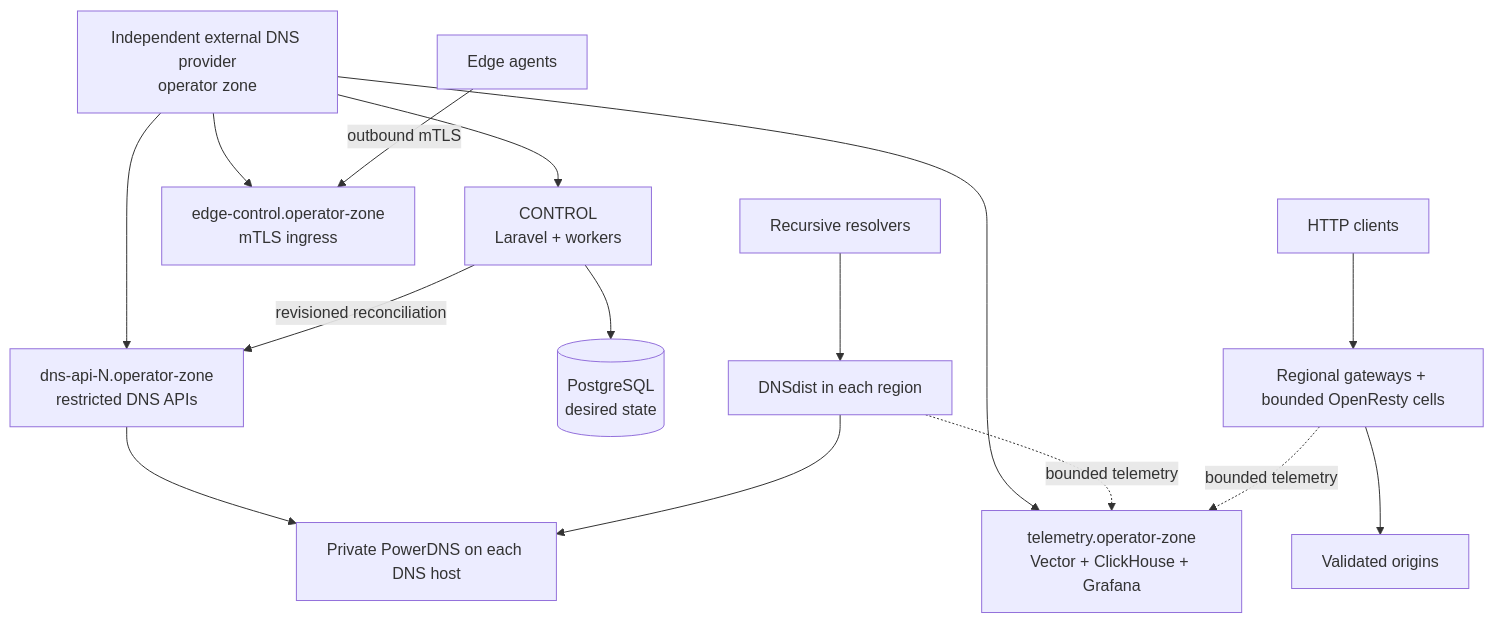
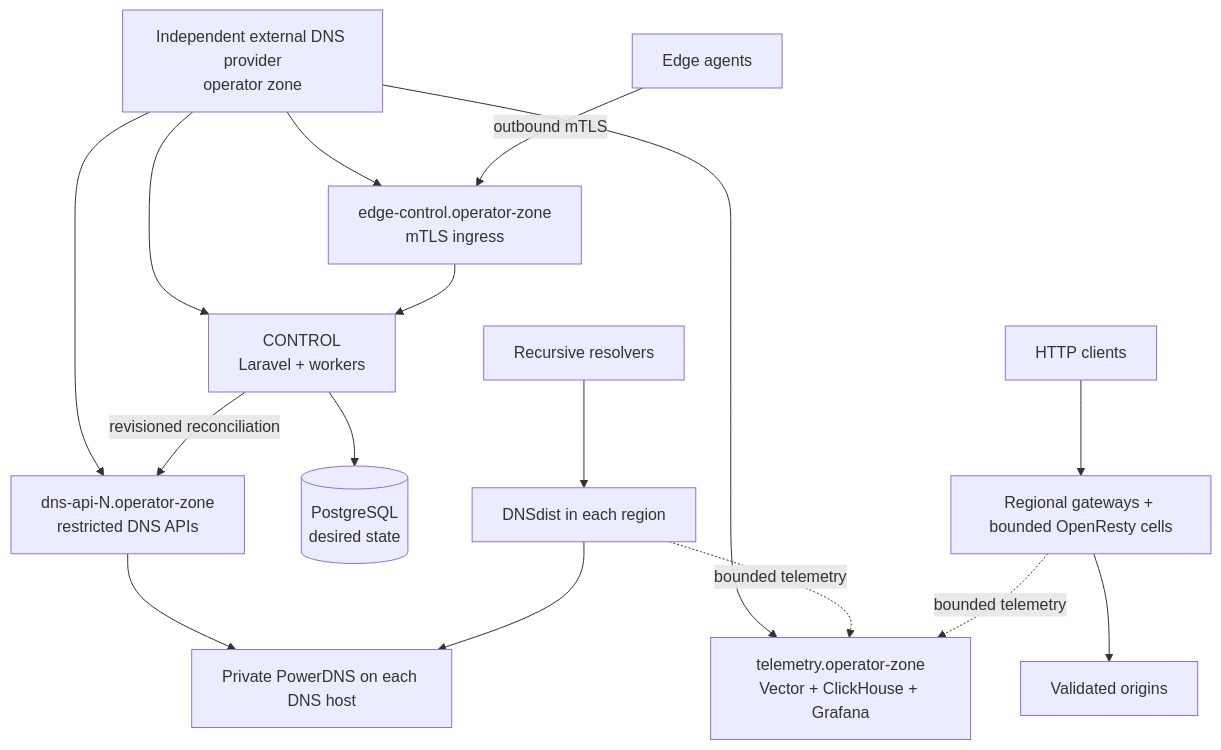
Before and after one commit to vaheed/CDNFoundry: the diagram in docs/deployment/production-quick-start-multi-region.md, drawn with Mermaid. The commit also changed 8 other files, not shown here.

Commit message:
feat: update CI workflow job name; enhance documentation with edge-control mTLS ingress details and related flowcharts

````diff
--- a/docs/deployment/production-quick-start-multi-region.md
+++ b/docs/deployment/production-quick-start-multi-region.md
@@ -8,17 +8,18 @@
 ```mermaid
 flowchart TB
   ExternalDNS["Independent external DNS provider<br/>operator zone"] --> CONTROL["CONTROL<br/>Laravel + workers"]
   ExternalDNS --> EDGEAPI["edge-control.operator-zone<br/>mTLS ingress"]
   ExternalDNS --> DNSAPIS["dns-api-N.operator-zone<br/>restricted DNS APIs"]
   ExternalDNS --> TELEMETRY["telemetry.operator-zone<br/>Vector + ClickHouse + Grafana"]
   CONTROL --> PG[("PostgreSQL<br/>desired state")]
   CONTROL -->|"revisioned reconciliation"| DNSAPIS
   DNSAPIS --> PDNS["Private PowerDNS on each DNS host"]
   Resolvers["Recursive resolvers"] --> DNSDIST["DNSdist in each region"]
   DNSDIST --> PDNS
   Clients["HTTP clients"] --> GATEWAYS["Regional gateways + bounded OpenResty cells"]
   GATEWAYS --> Origins["Validated origins"]
   Agents["Edge agents"] -->|"outbound mTLS"| EDGEAPI
+  EDGEAPI --> CONTROL
   DNSDIST -. "bounded telemetry" .-> TELEMETRY
   GATEWAYS -. "bounded telemetry" .-> TELEMETRY
 ```
````
